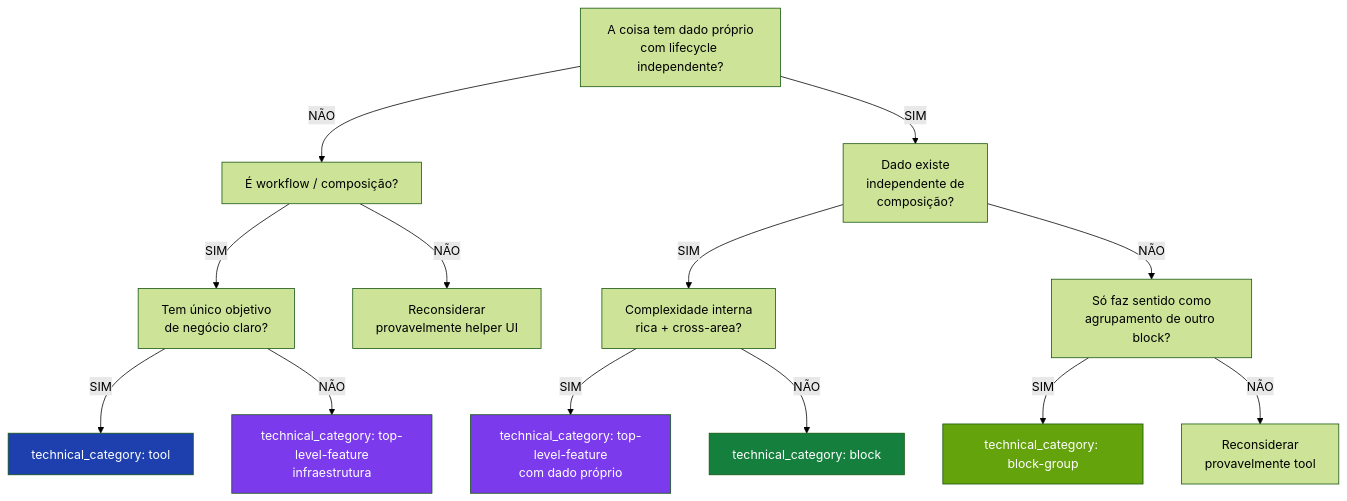
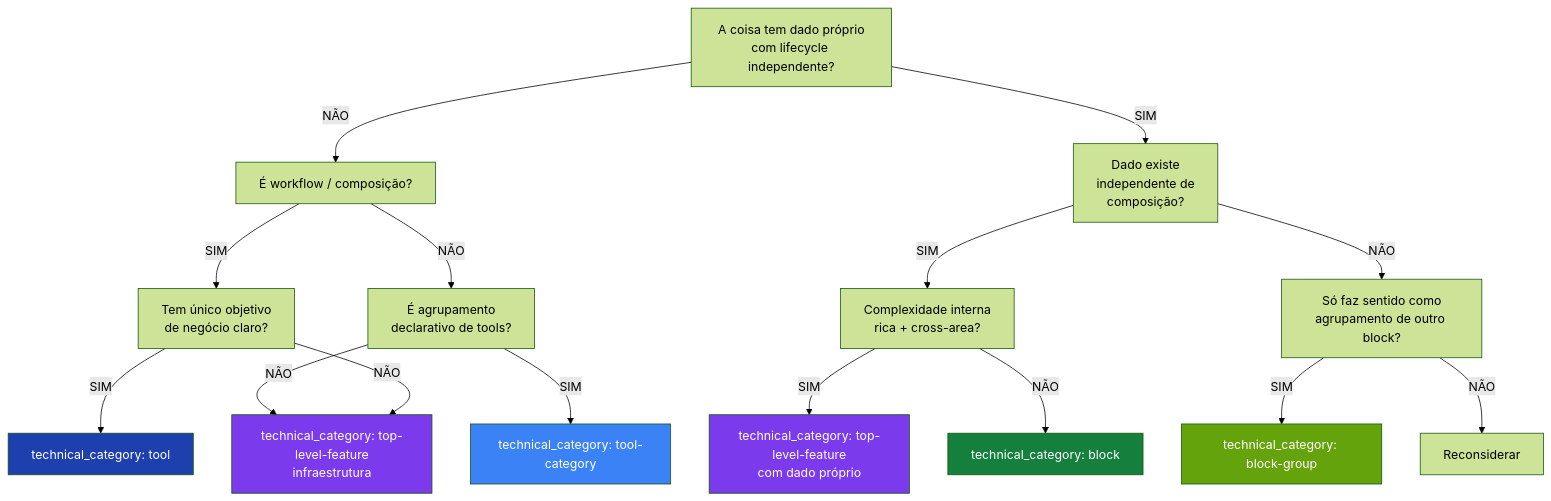
The second of 2 diagrams in docs/handbook/_meta/handbook/pt-BR.md (nickmoreira23/herd), drawn with Mermaid (forest theme) before and after one commit. The commit also changed other lines of this file and 10 other files, not shown here.

````diff
--- a/docs/handbook/_meta/handbook/pt-BR.md
+++ b/docs/handbook/_meta/handbook/pt-BR.md
@@ -184,27 +204,31 @@
 ```mermaid
 flowchart TD
     Start[A coisa tem dado próprio<br/>com lifecycle independente?]
     Start -->|NÃO| Workflow[É workflow / composição?]
     Start -->|SIM| IndepCheck[Dado existe<br/>independente de<br/>composição?]
 
     Workflow -->|SIM| Goal[Tem único objetivo<br/>de negócio claro?]
-    Workflow -->|NÃO| Reconsider1[Reconsiderar<br/>provavelmente helper UI]
+    Workflow -->|NÃO| AggregatorCheck[É agrupamento<br/>declarativo de tools?]
+
+    AggregatorCheck -->|SIM| ToolCategory[technical_category: tool-category]
+    AggregatorCheck -->|NÃO| TLF[technical_category: top-level-feature<br/>infraestrutura]
 
     Goal -->|SIM| Tool[technical_category: tool]
-    Goal -->|NÃO| TLF[technical_category: top-level-feature<br/>infraestrutura]
+    Goal -->|NÃO| TLF
 
     IndepCheck -->|SIM| RichCheck[Complexidade interna<br/>rica + cross-area?]
     IndepCheck -->|NÃO| AgrCheck[Só faz sentido como<br/>agrupamento de outro block?]
 
     RichCheck -->|SIM| TLFData[technical_category: top-level-feature<br/>com dado próprio]
     RichCheck -->|NÃO| Block[technical_category: block]
 
     AgrCheck -->|SIM| BlockGroup[technical_category: block-group]
-    AgrCheck -->|NÃO| Reconsider2[Reconsiderar<br/>provavelmente tool]
+    AgrCheck -->|NÃO| Reconsider[Reconsiderar]
 
     style Tool fill:#1e40af,color:#fff
+    style ToolCategory fill:#3b82f6,color:#fff
     style Block fill:#15803d,color:#fff
     style BlockGroup fill:#65a30d,color:#fff
     style TLF fill:#7c3aed,color:#fff
     style TLFData fill:#7c3aed,color:#fff
 ```
````
